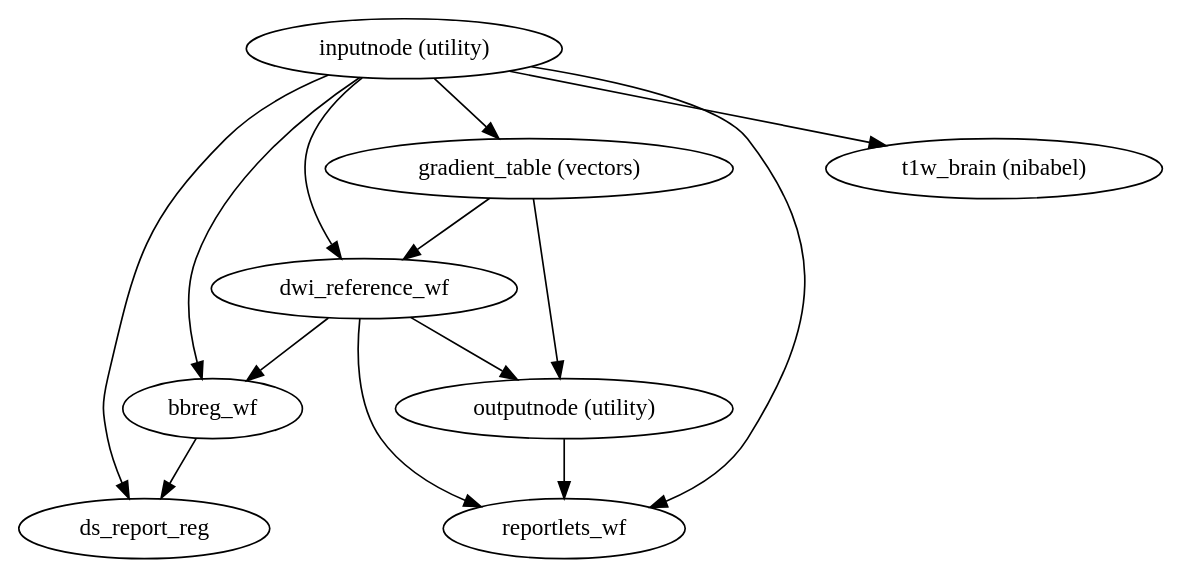
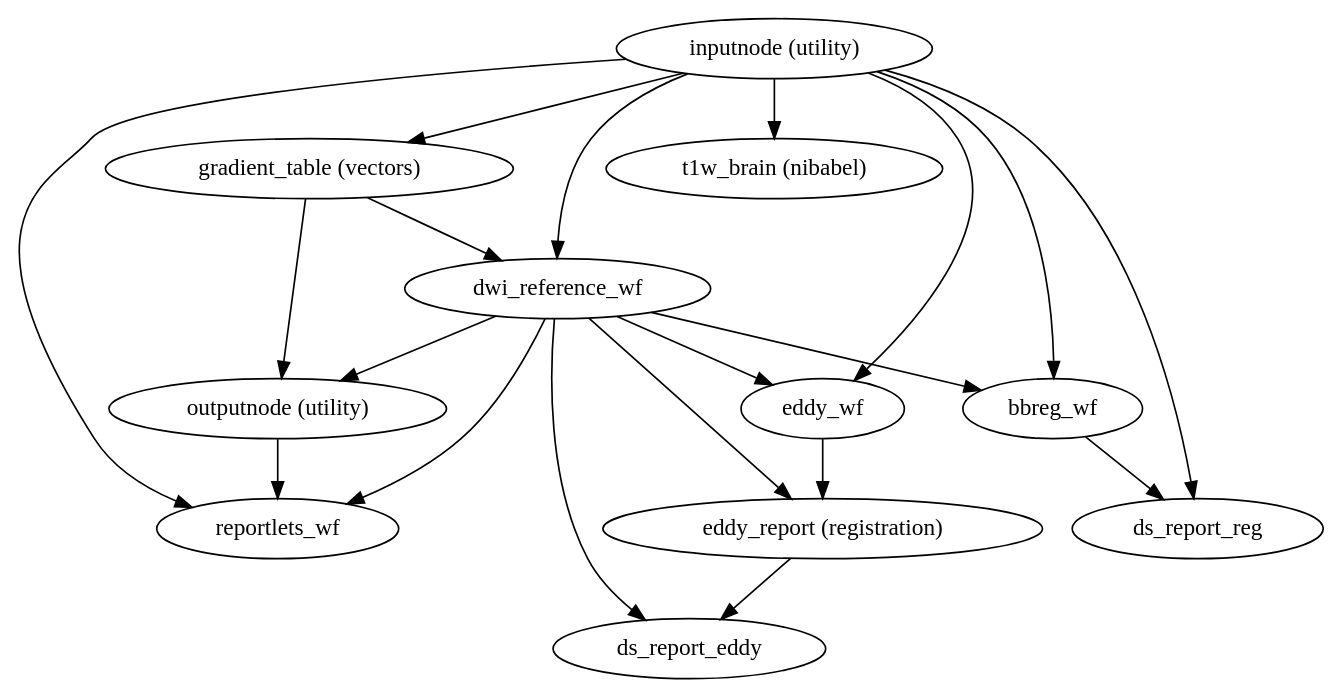
Before and after one commit to nipreps/dmriprep: the diagram in 0.3.0/wf_directive/api/dwi_preproc_wf/dmriprep-workflows-dwi-base-1.dot, drawn with Graphviz. The commit also changed 309 other files, not shown here.

```diff
--- a/0.3.0/wf_directive/api/dwi_preproc_wf/dmriprep-workflows-dwi-base-1.dot
+++ b/0.3.0/wf_directive/api/dwi_preproc_wf/dmriprep-workflows-dwi-base-1.dot
@@ -1,23 +1,32 @@
 strict digraph  {
 "inputnode (utility)";
 "gradient_table (vectors)";
 dwi_reference_wf;
 bbreg_wf;
 "t1w_brain (nibabel)";
 ds_report_reg;
+eddy_wf;
 reportlets_wf;
 "outputnode (utility)";
+"eddy_report (registration)";
+ds_report_eddy;
 "inputnode (utility)" -> "gradient_table (vectors)";
 "inputnode (utility)" -> dwi_reference_wf;
 "inputnode (utility)" -> bbreg_wf;
 "inputnode (utility)" -> "t1w_brain (nibabel)";
 "inputnode (utility)" -> ds_report_reg;
+"inputnode (utility)" -> eddy_wf;
 "inputnode (utility)" -> reportlets_wf;
 "gradient_table (vectors)" -> dwi_reference_wf;
 "gradient_table (vectors)" -> "outputnode (utility)";
 dwi_reference_wf -> bbreg_wf;
+dwi_reference_wf -> eddy_wf;
+dwi_reference_wf -> "eddy_report (registration)";
+dwi_reference_wf -> ds_report_eddy;
 dwi_reference_wf -> reportlets_wf;
 dwi_reference_wf -> "outputnode (utility)";
 bbreg_wf -> ds_report_reg;
+eddy_wf -> "eddy_report (registration)";
 "outputnode (utility)" -> reportlets_wf;
+"eddy_report (registration)" -> ds_report_eddy;
 }
```
